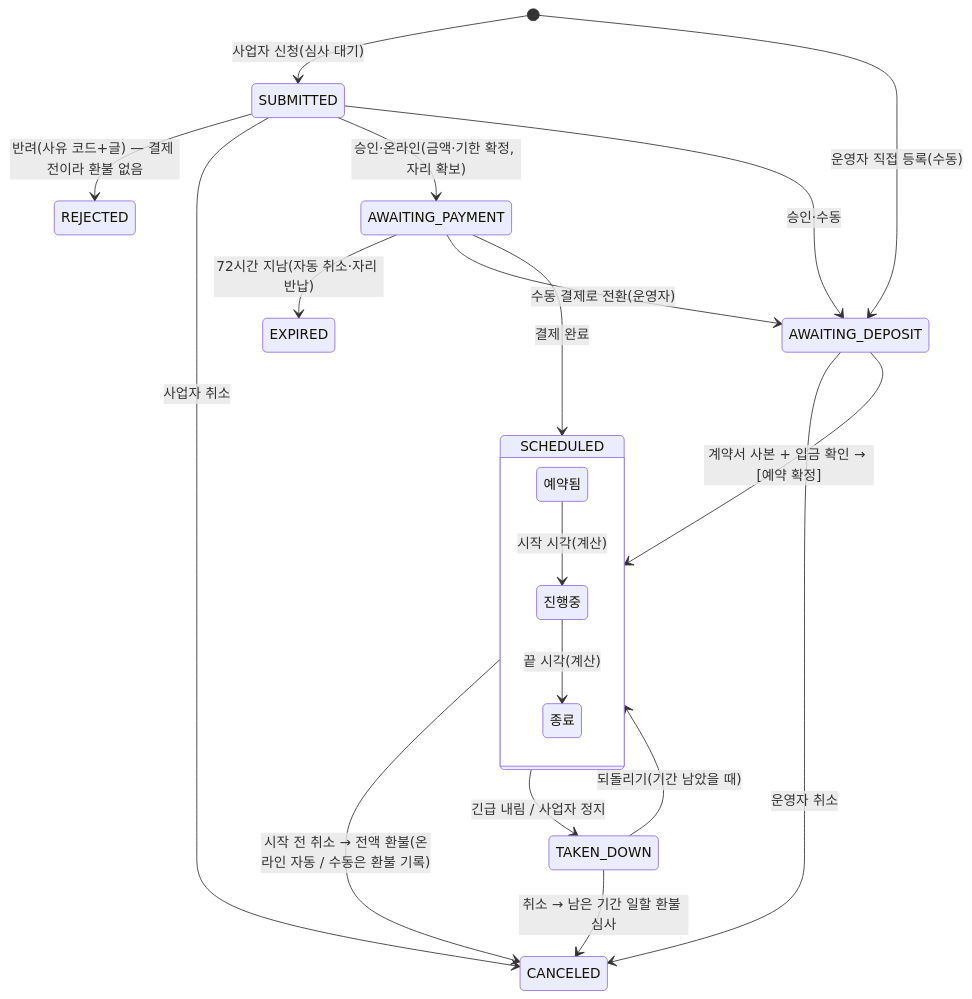
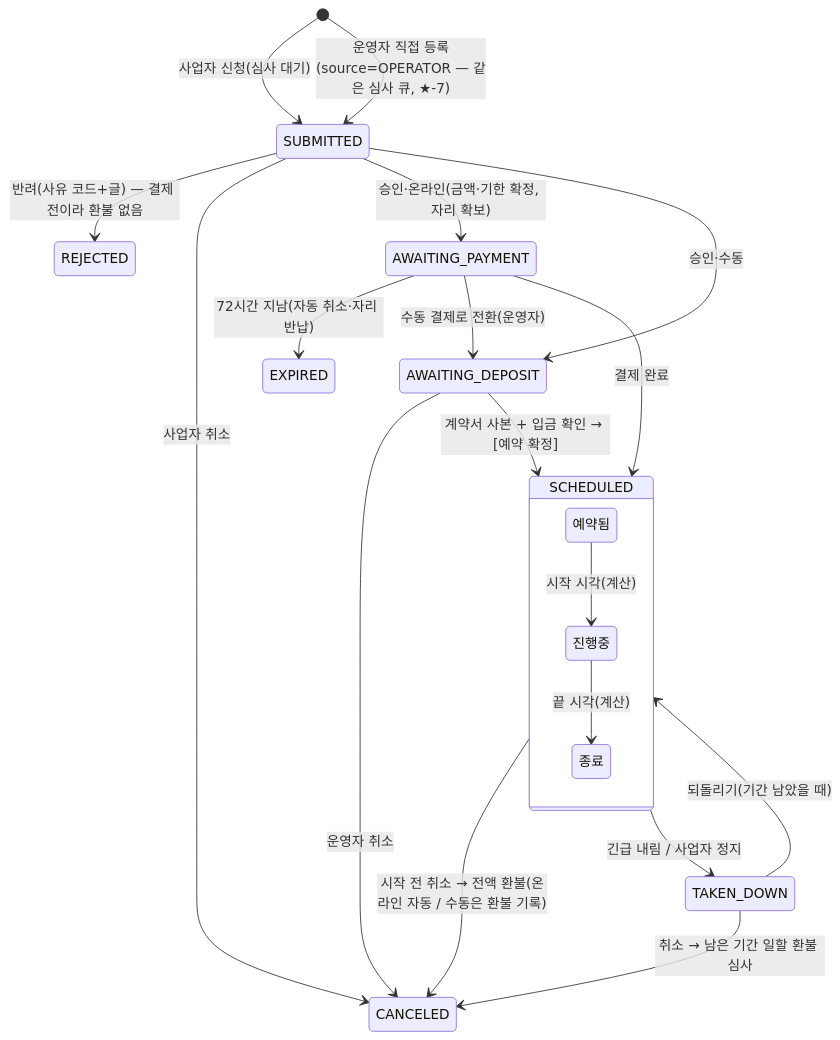
One commit to JangCool/roboyam changed the first of 2 diagrams in docs/plans/biz-ad-hotdeal/00-overview.md. Above: the diagram before and after it, drawn with Mermaid. The commit also changed other lines of this file and 54 other files, not shown here.

````diff
--- a/docs/plans/biz-ad-hotdeal/00-overview.md
+++ b/docs/plans/biz-ad-hotdeal/00-overview.md
@@ -58,22 +58,22 @@
 ```mermaid
 stateDiagram-v2
     [*] --> SUBMITTED : 사업자 신청(심사 대기)
-    [*] --> AWAITING_DEPOSIT : 운영자 직접 등록(수동)
+    [*] --> SUBMITTED : 운영자 직접 등록(source=OPERATOR — 같은 심사 큐, ★-7)
     SUBMITTED --> REJECTED : 반려(사유 코드+글) — 결제 전이라 환불 없음
     SUBMITTED --> CANCELED : 사업자 취소
     SUBMITTED --> AWAITING_PAYMENT : 승인·온라인(금액·기한 확정, 자리 확보)
     SUBMITTED --> AWAITING_DEPOSIT : 승인·수동
     AWAITING_PAYMENT --> SCHEDULED : 결제 완료
     AWAITING_PAYMENT --> EXPIRED : 72시간 지남(자동 취소·자리 반납)
     AWAITING_PAYMENT --> AWAITING_DEPOSIT : 수동 결제로 전환(운영자)
     AWAITING_DEPOSIT --> SCHEDULED : 계약서 사본 + 입금 확인 → [예약 확정]
     AWAITING_DEPOSIT --> CANCELED : 운영자 취소
     SCHEDULED --> CANCELED : 시작 전 취소 → 전액 환불(온라인 자동 / 수동은 환불 기록)
     state SCHEDULED {
         예약됨 --> 진행중 : 시작 시각(계산)
         진행중 --> 종료 : 끝 시각(계산)
     }
     SCHEDULED --> TAKEN_DOWN : 긴급 내림 / 사업자 정지
     TAKEN_DOWN --> SCHEDULED : 되돌리기(기간 남았을 때)
     TAKEN_DOWN --> CANCELED : 취소 → 남은 기간 일할 환불 심사
 ```
````
